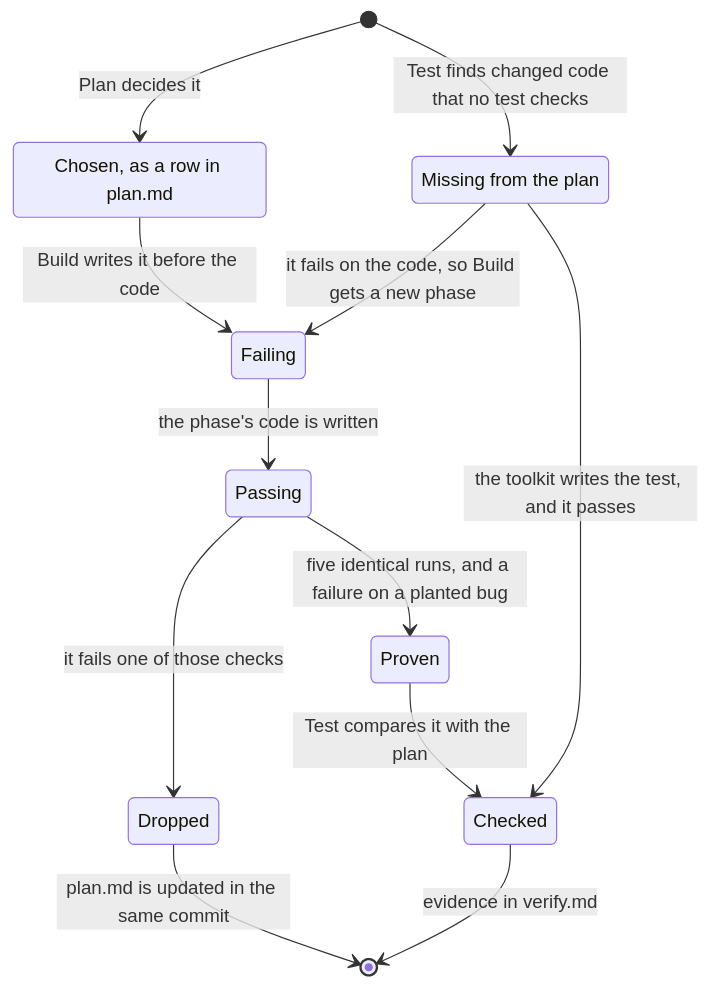
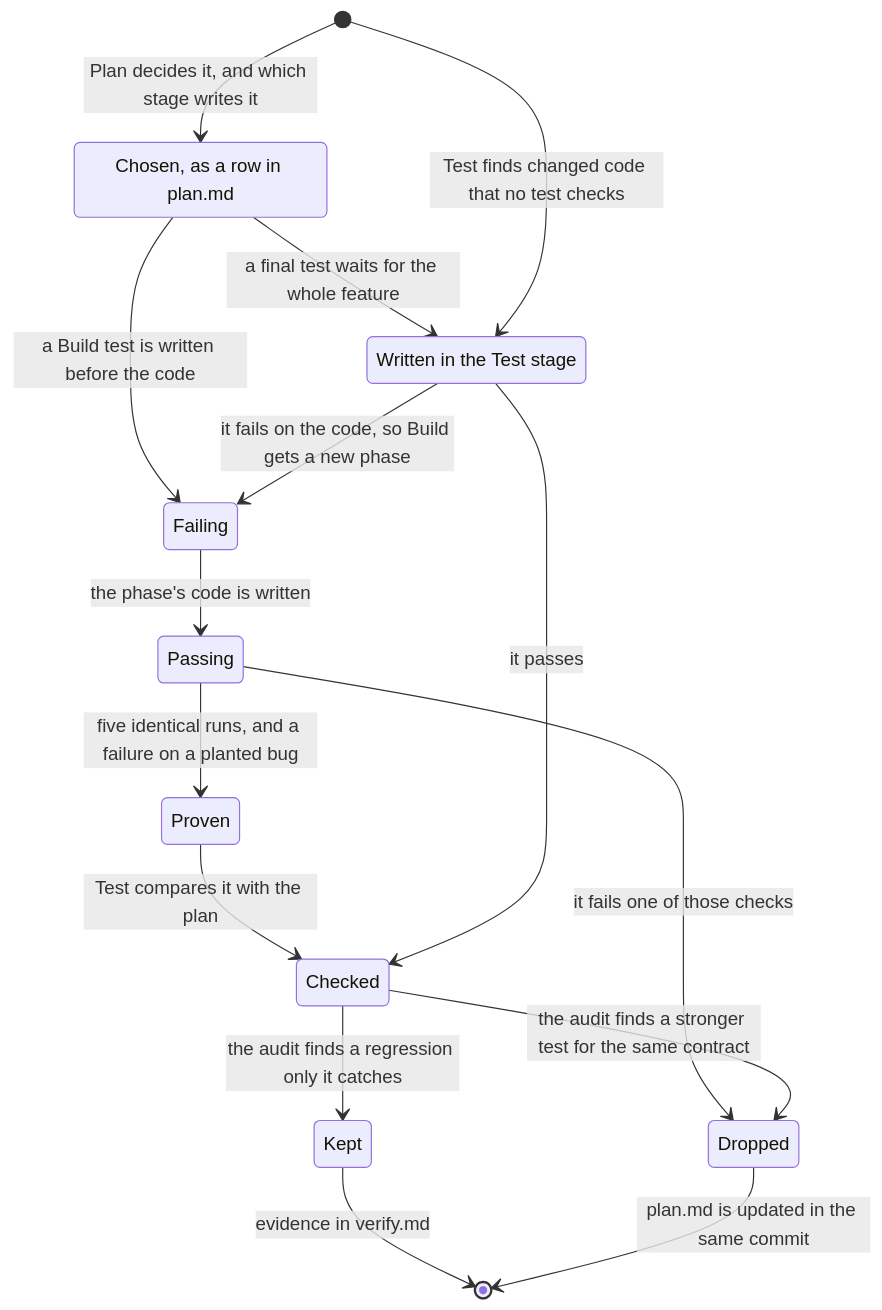
One commit to aasimsani/sdlc-toolkit changed the fifth of 7 diagrams in README.md. Above: the diagram before and after it, drawn with Mermaid. The commit also changed other lines of this file, not shown here.

First line of the commit message:
docs(core): describe the two sets of tests and the audit in the README

````diff
--- a/README.md
+++ b/README.md
@@ -198,16 +198,19 @@
 ```mermaid
 stateDiagram-v2
     state "Chosen, as a row in plan.md" as Chosen
-    state "Missing from the plan" as Missing
-    [*] --> Chosen: Plan decides it
-    Chosen --> Failing: Build writes it before the code
+    state "Written in the Test stage" as Late
+    [*] --> Chosen: Plan decides it, and which stage writes it
+    Chosen --> Failing: a Build test is written before the code
     Failing --> Passing: the phase's code is written
     Passing --> Proven: five identical runs, and a failure on a planted bug
     Passing --> Dropped: it fails one of those checks
+    Proven --> Checked: Test compares it with the plan
+    Chosen --> Late: a final test waits for the whole feature
+    [*] --> Late: Test finds changed code that no test checks
+    Late --> Checked: it passes
+    Late --> Failing: it fails on the code, so Build gets a new phase
+    Checked --> Kept: the audit finds a regression only it catches
+    Checked --> Dropped: the audit finds a stronger test for the same contract
+    Kept --> [*]: evidence in verify.md
     Dropped --> [*]: plan.md is updated in the same commit
-    Proven --> Checked: Test compares it with the plan
-    Checked --> [*]: evidence in verify.md
-    [*] --> Missing: Test finds changed code that no test checks
-    Missing --> Checked: the toolkit writes the test, and it passes
-    Missing --> Failing: it fails on the code, so Build gets a new phase
 ```
````
